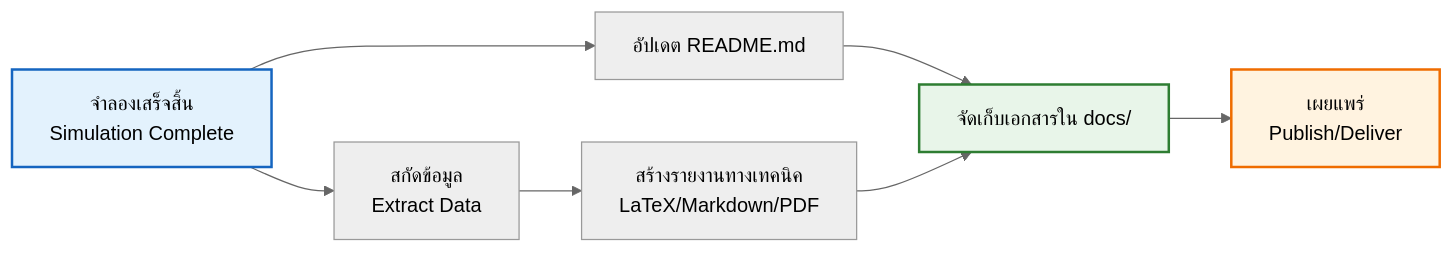
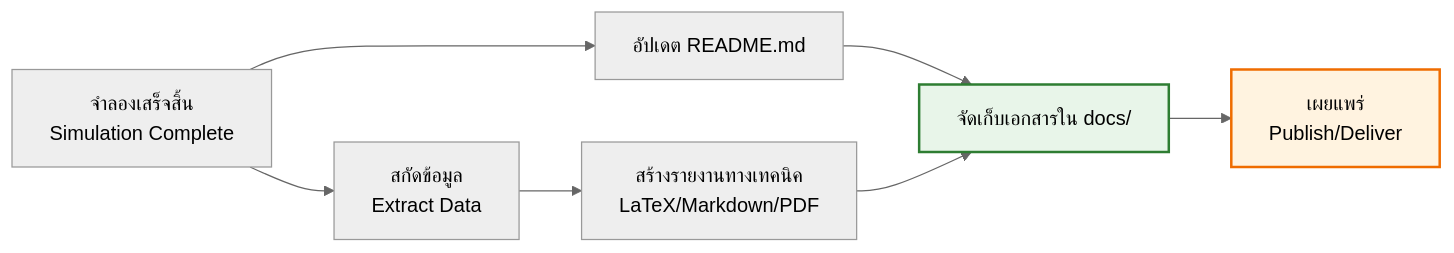
One commit to wramet/build-my-cfd changed the diagram in MODULE_07_UTILITIES_AUTOMATION/CONTENT/07_PROFESSIONAL_PRACTICE/02_Documentation_Standards.md. Above: the diagram before and after it, drawn with Mermaid (neutral theme). The commit also changed other lines of this file and 297 other files, not shown here.

Commit message:
Add explanation under mermaid diagram

````diff
--- a/MODULE_07_UTILITIES_AUTOMATION/CONTENT/07_PROFESSIONAL_PRACTICE/02_Documentation_Standards.md
+++ b/MODULE_07_UTILITIES_AUTOMATION/CONTENT/07_PROFESSIONAL_PRACTICE/02_Documentation_Standards.md
@@ -514,13 +514,12 @@
 ```mermaid
 flowchart LR
     A[จำลองเสร็จสิ้น<br/>Simulation Complete] --> B[สกัดข้อมูล<br/>Extract Data]
     B --> C[สร้างรายงานทางเทคนิค<br/>LaTeX/Markdown/PDF]
     A --> D[อัปเดต README.md]
     D --> E[จัดเก็บเอกสารใน docs/]
     C --> E
     E --> F[เผยแพร่<br/>Publish/Deliver]
 
-    style A fill:#e3f2fd,stroke:#1565c0,stroke-width:2px
     style E fill:#e8f5e9,stroke:#2e7d32,stroke-width:2px
     style F fill:#fff3e0,stroke:#ef6c00,stroke-width:2px
 ```
````
